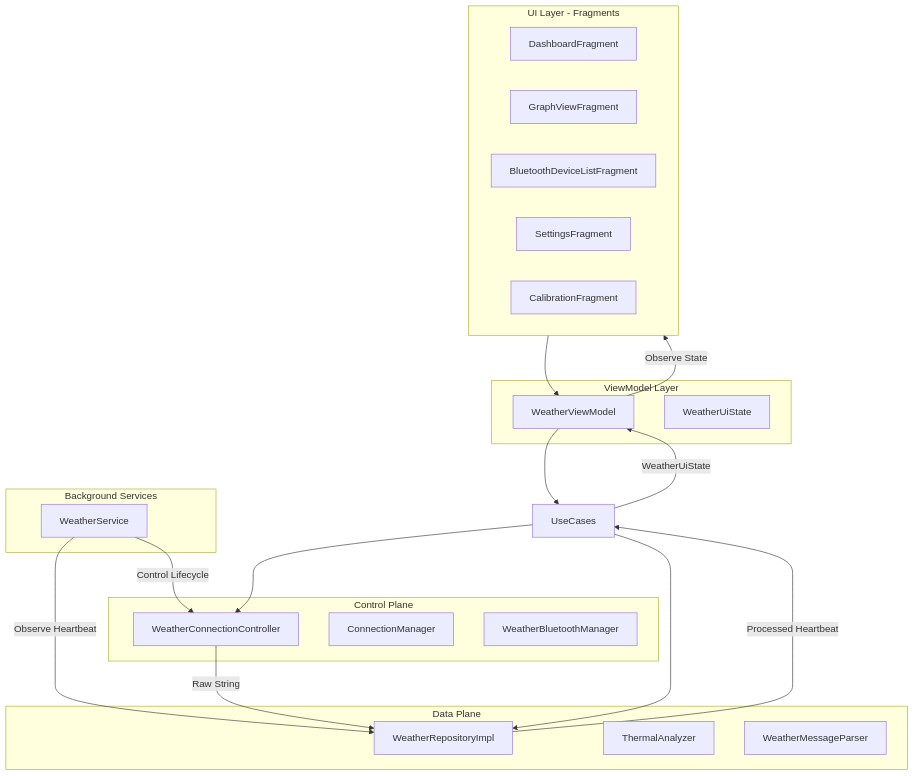
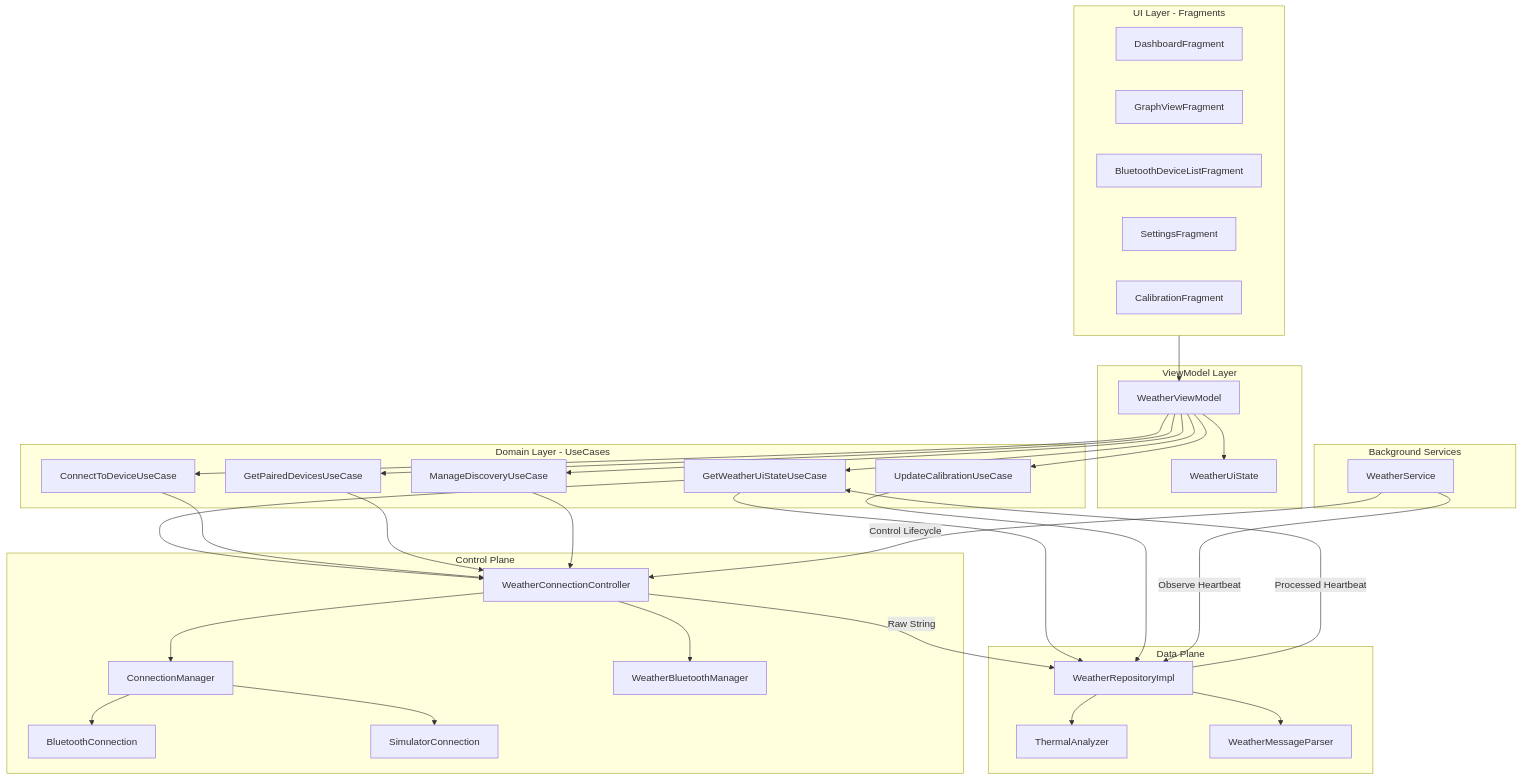
One commit to Kresshy/Weather-Station changed the diagram in ARCHITECTURE.md. Above: the diagram before and after it, drawn with Mermaid. The commit also changed other lines of this file, not shown here.

Commit message:
Docs: Detailed Architecture diagram with all UseCases and Plane interactions

````diff
--- a/ARCHITECTURE.md
+++ b/ARCHITECTURE.md
@@ -21,49 +17,76 @@
 ```mermaid
 graph TD
     subgraph UI_Layer [UI Layer - Fragments]
         DF[DashboardFragment]
         GVF[GraphViewFragment]
         BDLF[BluetoothDeviceListFragment]
         SF[SettingsFragment]
         CF[CalibrationFragment]
     end
 
     subgraph ViewModel_Layer [ViewModel Layer]
         WVM[WeatherViewModel]
         WUS[WeatherUiState]
     end
 
+    subgraph Domain_Layer [Domain Layer - UseCases]
+        GWUS[GetWeatherUiStateUseCase]
+        CTD[ConnectToDeviceUseCase]
+        GPD[GetPairedDevicesUseCase]
+        MD[ManageDiscoveryUseCase]
+        UC[UpdateCalibrationUseCase]
+    end
+
     subgraph Control_Plane [Control Plane]
         WCC[WeatherConnectionController]
         CM[ConnectionManager]
         WBM[WeatherBluetoothManager]
+        BC[BluetoothConnection]
+        SC[SimulatorConnection]
     end
 
     subgraph Data_Plane [Data Plane]
         WRI[WeatherRepositoryImpl]
         TA[ThermalAnalyzer]
         WMP[WeatherMessageParser]
     end
 
     subgraph Service_Layer [Background Services]
         WS[WeatherService]
     end
 
-    %% Component Interactions
+    %% UI to ViewModel
     UI_Layer --> WVM
-    WVM --> GWUS[UseCases]
-    
-    %% UseCase to Plane delegation
+    WVM --> WUS
+
+    %% ViewModel to UseCases
+    WVM --> GWUS
+    WVM --> CTD
+    WVM --> GPD
+    WVM --> MD
+    WVM --> UC
+
+    %% UseCase to Plane interactions
+    GWUS --> WRI
     GWUS --> WCC
-    GWUS --> WRI
-    
-    %% Data Flow
+    CTD --> WCC
+    GPD --> WCC
+    MD --> WCC
+    UC --> WRI
+
+    %% Data Flow Pipeline
     WCC -- "Raw String" --> WRI
     WRI -- "Processed Heartbeat" --> GWUS
-    GWUS -- "WeatherUiState" --> WVM
-    WVM -- "Observe State" --> UI_Layer
     
+    %% Internal Plane Logic
+    WCC --> CM
+    WCC --> WBM
+    CM --> BC
+    CM --> SC
+    WRI --> TA
+    WRI --> WMP
+
     %% Background Service
     WS -- "Observe Heartbeat" --> WRI
     WS -- "Control Lifecycle" --> WCC
 ```
````
